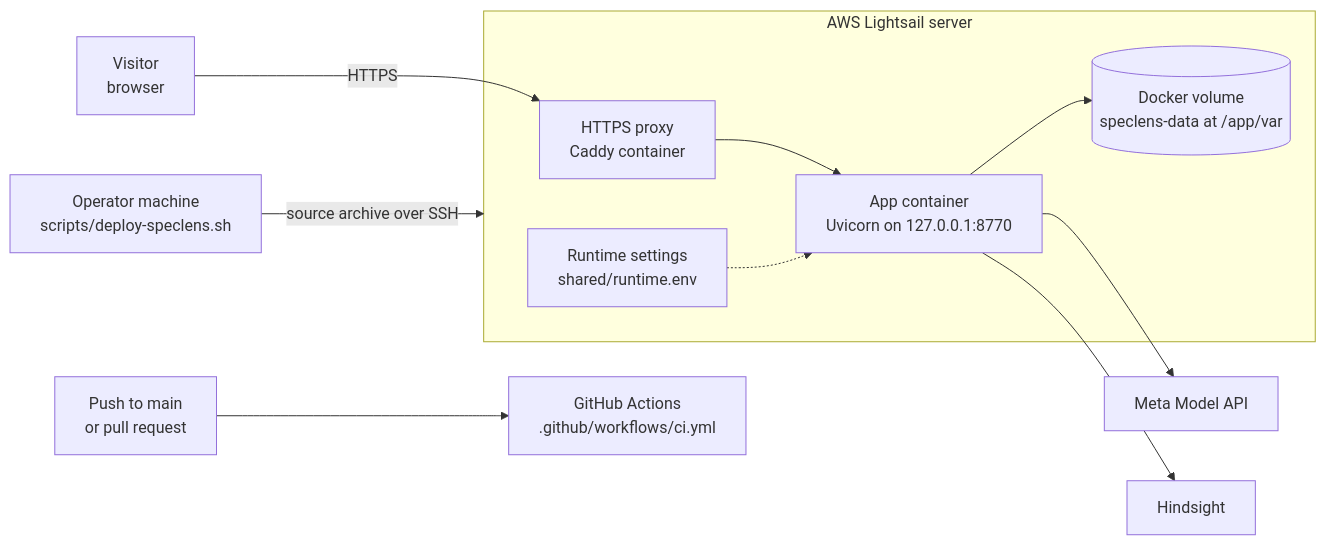
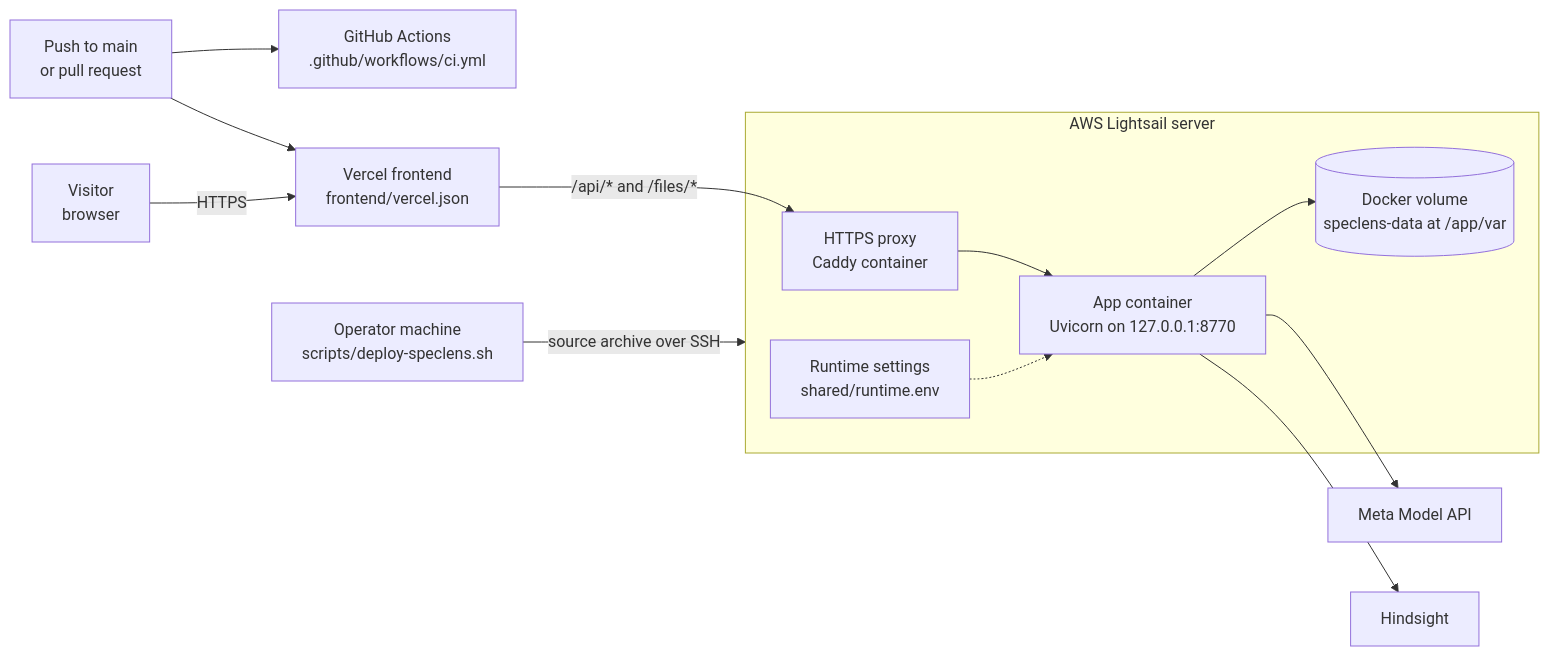
The sixth of 6 diagrams in docs/ARCHITECTURE.md (PDGamerSG/speclens), drawn with Mermaid before and after one commit. The commit also changed other lines of this file and 12 other files, not shown here.

Commit message:
deploy: publish SpecLens on Vercel with its persistent API

````diff
--- a/docs/ARCHITECTURE.md
+++ b/docs/ARCHITECTURE.md
@@ -257,22 +257,25 @@
 ```mermaid
 flowchart LR
   push["Push to main<br/>or pull request"] --> ci["GitHub Actions<br/>.github/workflows/ci.yml"]
   dev["Operator machine<br/>scripts/deploy-speclens.sh"]
   visitor["Visitor<br/>browser"]
   subgraph host["AWS Lightsail server"]
     caddy["HTTPS proxy<br/>Caddy container"]
     app["App container<br/>Uvicorn on 127.0.0.1:8770"]
     vol[("Docker volume<br/>speclens-data at /app/var")]
     env["Runtime settings<br/>shared/runtime.env"]
   end
   vision["Meta Model API"]
   hind["Hindsight"]
 
   dev -- "source archive over SSH" --> host
-  visitor -- "HTTPS" --> caddy
+  edge["Vercel frontend<br/>frontend/vercel.json"]
+  push --> edge
+  visitor -- "HTTPS" --> edge
+  edge -- "/api/* and /files/*" --> caddy
   caddy --> app
   app --> vol
   env -.-> app
   app --> vision
   app --> hind
 ```
````
